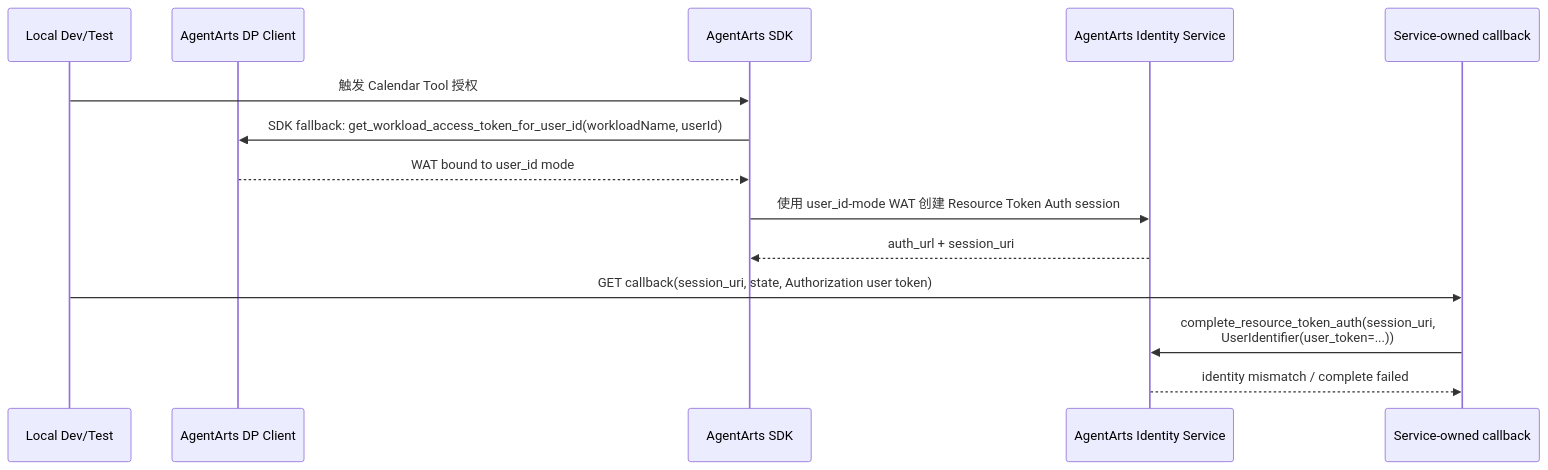
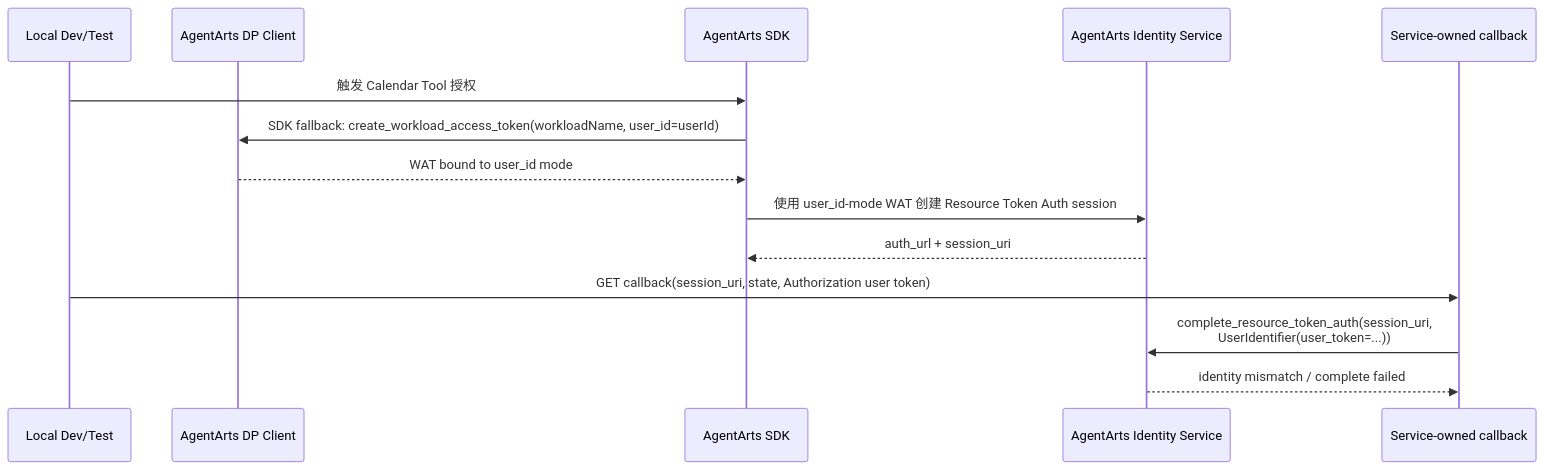
Before and after one commit to T-1009/personal-assistant: the diagram in personal-assistant-meta/issues/bugs/bug-22-calendar-oauth2-local-complete-user-token-wat-mismatch/issue.md, drawn with Mermaid. The commit also changed other lines of this file and 3 other files, not shown here.

````diff
--- a/personal-assistant-meta/issues/bugs/bug-22-calendar-oauth2-local-complete-user-token-wat-mismatch/issue.md
+++ b/personal-assistant-meta/issues/bugs/bug-22-calendar-oauth2-local-complete-user-token-wat-mismatch/issue.md
@@ -73,17 +87,17 @@
 ```mermaid
 sequenceDiagram
     participant Local as Local Dev/Test
     participant DP as AgentArts DP Client
     participant SDK as AgentArts SDK
     participant IdSvc as AgentArts Identity Service
     participant API as Service-owned callback
 
     Local->>SDK: 触发 Calendar Tool 授权
-    SDK->>DP: SDK fallback: get_workload_access_token_for_user_id(workloadName, userId)
+    SDK->>DP: SDK fallback: create_workload_access_token(workloadName, user_id=userId)
     DP-->>SDK: WAT bound to user_id mode
     SDK->>IdSvc: 使用 user_id-mode WAT 创建 Resource Token Auth session
     IdSvc-->>SDK: auth_url + session_uri
     Local->>API: GET callback(session_uri, state, Authorization user token)
     API->>IdSvc: complete_resource_token_auth(session_uri,<br/>UserIdentifier(user_token=...))
     IdSvc-->>API: identity mismatch / complete failed
 ```
````
